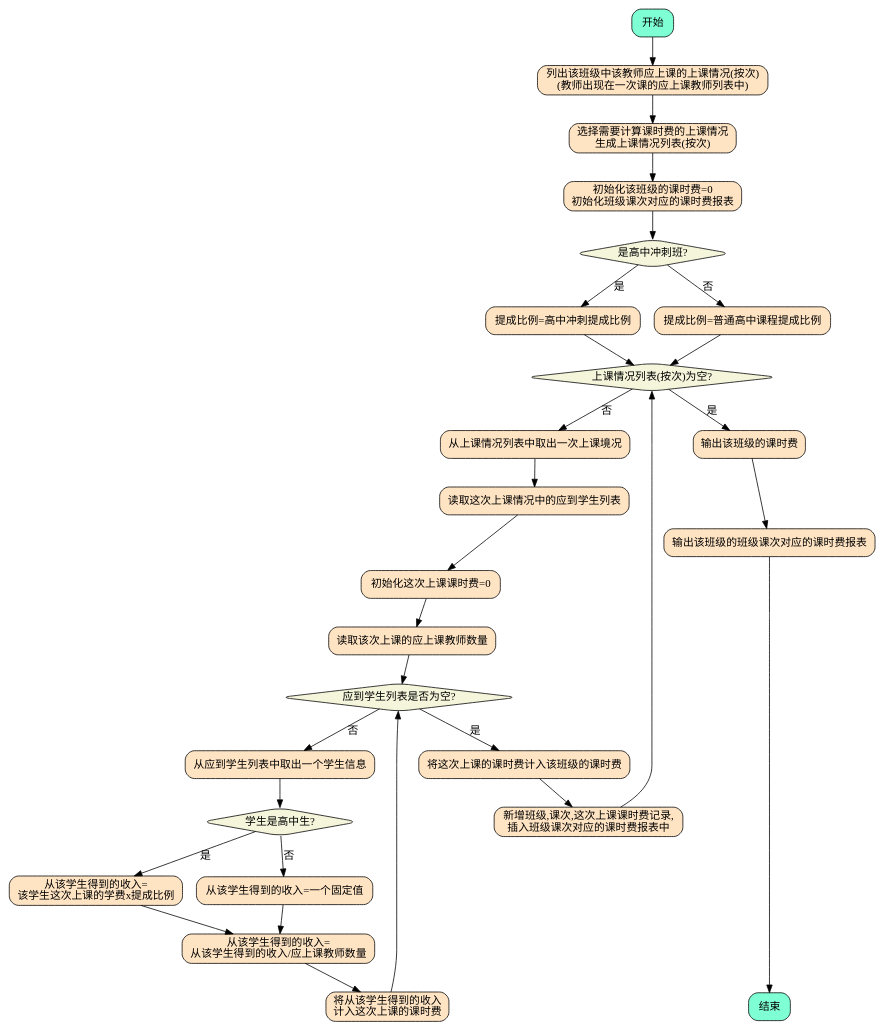
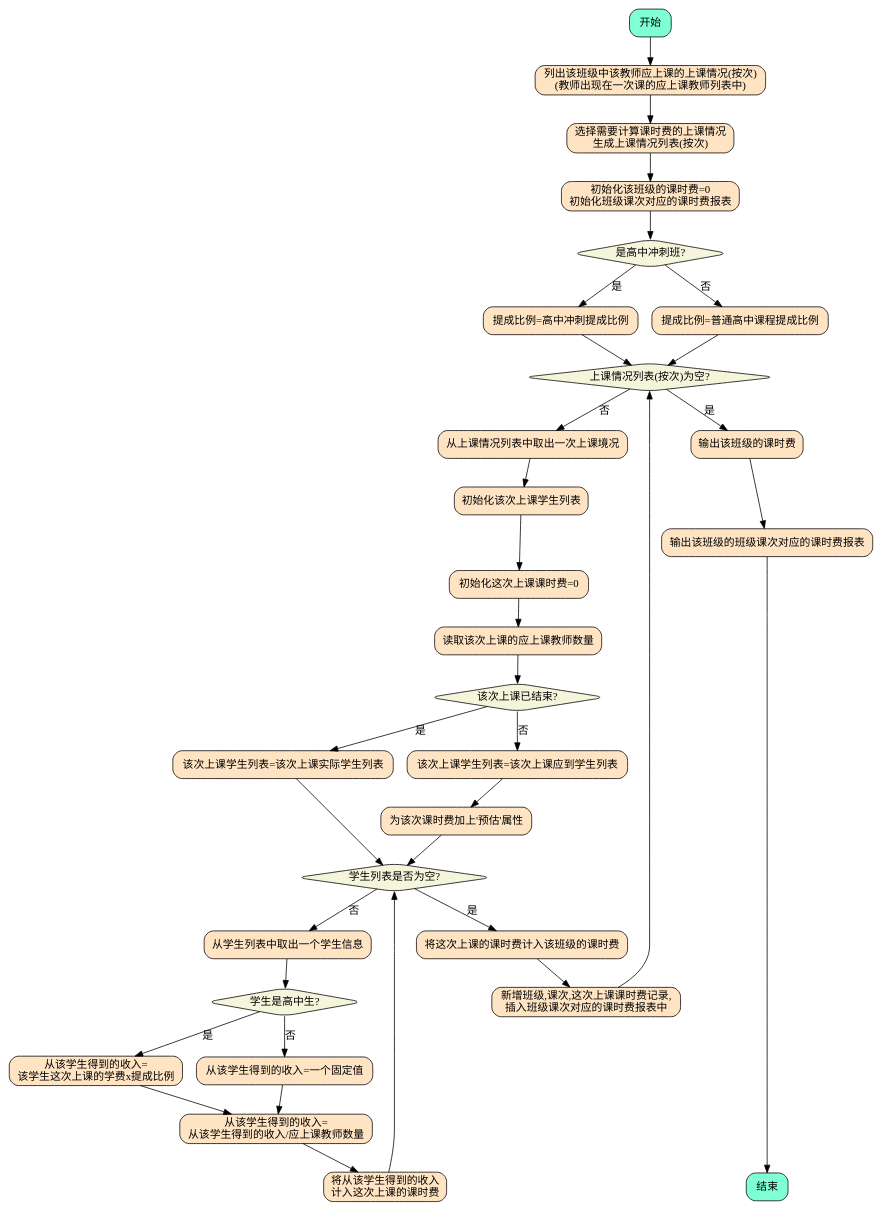
One commit to diandian888/mx-requirements changed the diagram in management-system/hr/pay/pay-for-class/svg/01.dot. Above: the diagram before and after it, drawn with Graphviz. The commit also changed 1 other file, not shown here.

```diff
--- a/management-system/hr/pay/pay-for-class/svg/01.dot
+++ b/management-system/hr/pay/pay-for-class/svg/01.dot
@@ -1,55 +1,68 @@
 digraph {
     node [shape="box", style="rounded,filled", fillcolor="aquamarine"]
         start[label="开始"];
         end[label="结束"];
 
     node [shape="box", style="rounded,filled", fillcolor="bisque"]
         s1[label="列出该班级中该教师应上课的上课情况(按次)\n(教师出现在一次课的应上课教师列表中)"];
         s2[label="选择需要计算课时费的上课情况\n生成上课情况列表(按次)"];
         s3[label="初始化该班级的课时费=0\n初始化班级课次对应的课时费报表"];
         s_c1_y1[label="提成比例=高中冲刺提成比例"];
         s_c1_n1[label="提成比例=普通高中课程提成比例"];
         s_c2_y1[label="输出该班级的课时费"];
         s_c2_y2[label="输出该班级的班级课次对应的课时费报表"];
         s_c2_n1[label="从上课情况列表中取出一次上课境况"];
-        s_c2_n2[label="读取这次上课情况中的应到学生列表"];
+        s_c2_n2[label="初始化该次上课学生列表"];
         s_c2_n3[label="初始化这次上课课时费=0"];
         s_c2_n4[label="读取该次上课的应上课教师数量"];
-        s_c3_y1[label="将这次上课的课时费计入该班级的课时费"];
-        s_c3_y2[label="新增班级,课次,这次上课课时费记录,\n插入班级课次对应的课时费报表中"];
-        s_c3_n1[label="从应到学生列表中取出一个学生信息"];
-        s_c4_y1[label="从该学生得到的收入=\n该学生这次上课的学费x提成比例"];
-        s_c4_n1[label="从该学生得到的收入=一个固定值"];
-        s_c4_after_1[label="从该学生得到的收入=\n从该学生得到的收入/应上课教师数量"];
-        s_c4_after_2[label="将从该学生得到的收入\n计入这次上课的课时费"];
+        s_c3_y1[label="该次上课学生列表=该次上课实际学生列表"];
+        s_c3_n1[label="该次上课学生列表=该次上课应到学生列表"];
+        s_c3_n2[label="为该次课时费加上'预估'属性"];
+        s_c4_y1[label="将这次上课的课时费计入该班级的课时费"];
+        s_c4_y2[label="新增班级,课次,这次上课课时费记录,\n插入班级课次对应的课时费报表中"];
+        s_c4_n1[label="从学生列表中取出一个学生信息"];
+        s_c5_y1[label="从该学生得到的收入=\n该学生这次上课的学费x提成比例"];
+        s_c5_n1[label="从该学生得到的收入=一个固定值"];
+        s_c5_after_1[label="从该学生得到的收入=\n从该学生得到的收入/应上课教师数量"];
+        s_c5_after_2[label="将从该学生得到的收入\n计入这次上课的课时费"];
     
     node [shape="diamond", style="rounded,filled", fillcolor="beige"]
         c1[label="是高中冲刺班?"];
         c2[label="上课情况列表(按次)为空?"];
-        c3[label="应到学生列表是否为空?"];
-        c4[label="学生是高中生?"];
+        c3[label="该次上课已结束?"];
+        c4[label="学生列表是否为空?"];
+        c5[label="学生是高中生?"];
 
     start -> s1 -> s2 -> s3 -> c1;
     c1 -> s_c1_y1[label="是"];
     c1 -> s_c1_n1[label="否"];
     s_c1_y1 -> c2;
     s_c1_n1 -> c2;
 
     c2 -> s_c2_y1[label="是"];
     c2 -> s_c2_n1[label="否"];
     s_c2_y1 -> s_c2_y2 -> end;
 
     s_c2_n1 -> s_c2_n2 -> s_c2_n3 -> s_c2_n4 -> c3;
+
     c3 -> s_c3_y1[label="是"];
     c3 -> s_c3_n1[label="否"];
-  
-    s_c3_y1 -> s_c3_y2 -> c2;
-    s_c3_n1 -> c4;
+
+    s_c3_y1 -> c4;
+    s_c3_n1 -> s_c3_n2 -> c4;
+
+
     c4 -> s_c4_y1[label="是"];
     c4 -> s_c4_n1[label="否"];
-    s_c4_y1 -> s_c4_after_1;
-    s_c4_n1 -> s_c4_after_1;
-    s_c4_after_1 -> s_c4_after_2 -> c3;
+  
+    s_c4_y1 -> s_c4_y2 -> c2;
+    s_c4_n1 -> c5;
+    c5 -> s_c5_y1[label="是"];
+    c5 -> s_c5_n1[label="否"];
+    s_c5_y1 -> s_c5_after_1;
+    s_c5_n1 -> s_c5_after_1;
+    s_c5_after_1 -> s_c5_after_2 -> c4;
 
+    {rank=same s_c3_y1 s_c3_n1}
     {rank=max end}
 }
```
